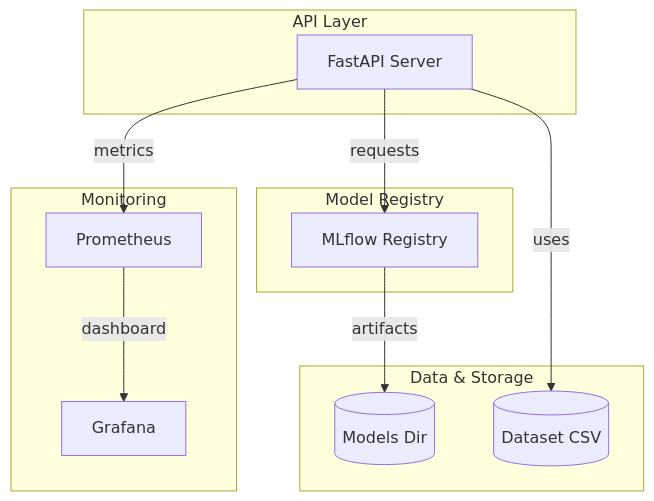
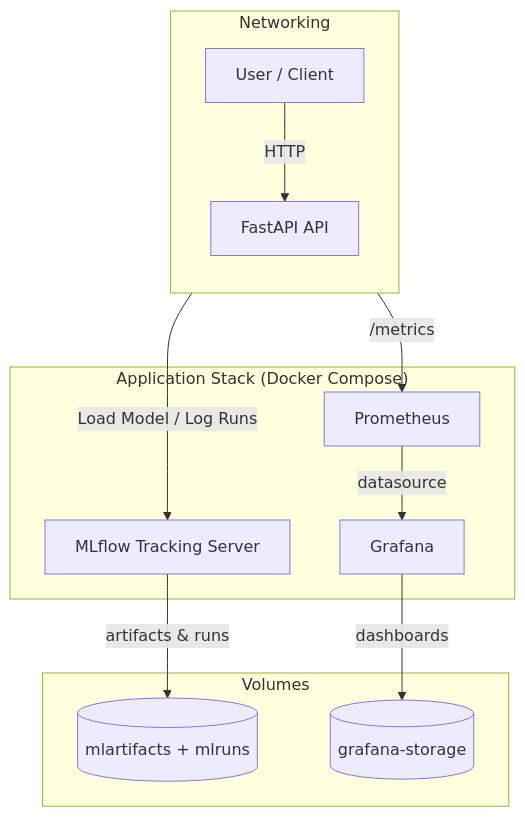
One commit to Zahman-dev/credit_calculator changed the diagram in docs/architecture.md. Above: the diagram before and after it, drawn with Mermaid. The commit also changed other lines of this file and 3 other files, not shown here.

````diff
--- a/docs/architecture.md
+++ b/docs/architecture.md
@@ -3,26 +5,24 @@
 ```mermaid
-flowchart TD
-    subgraph API Layer
-        A[FastAPI Server]
+graph TD;
+    %% Clients
+    U["User / Client"]
+
+    %% Reverse proxy optional (not included by default but shown for completeness)
+    subgraph Networking
+        direction TB
+        U --> |HTTP| A[FastAPI API]
     end
 
-    subgraph Model Registry
-        C[MLflow Registry]
+    %% Core services
+    subgraph "Application Stack (Docker Compose)"
+        A --> |Load Model / Log Runs| ML[MLflow Tracking Server]
+        A --> |/metrics| P[Prometheus]
+        P --> |datasource| G[Grafana]
     end
 
-    subgraph Monitoring
-        D[Prometheus]
-        E[Grafana]
+    %% Storage volumes
+    subgraph Volumes
+        ML -- "artifacts & runs" --> FS[(mlartifacts + mlruns)]
+        G -- "dashboards" --> GF[(grafana-storage)]
     end
-
-    subgraph Data & Storage
-        F[(Models Dir)]
-        G[(Dataset CSV)]
-    end
-
-    A -- requests --> C
-    A -- metrics --> D
-    D -- dashboard --> E
-    C -- artifacts --> F
-    A -- uses --> G
 ```
````
